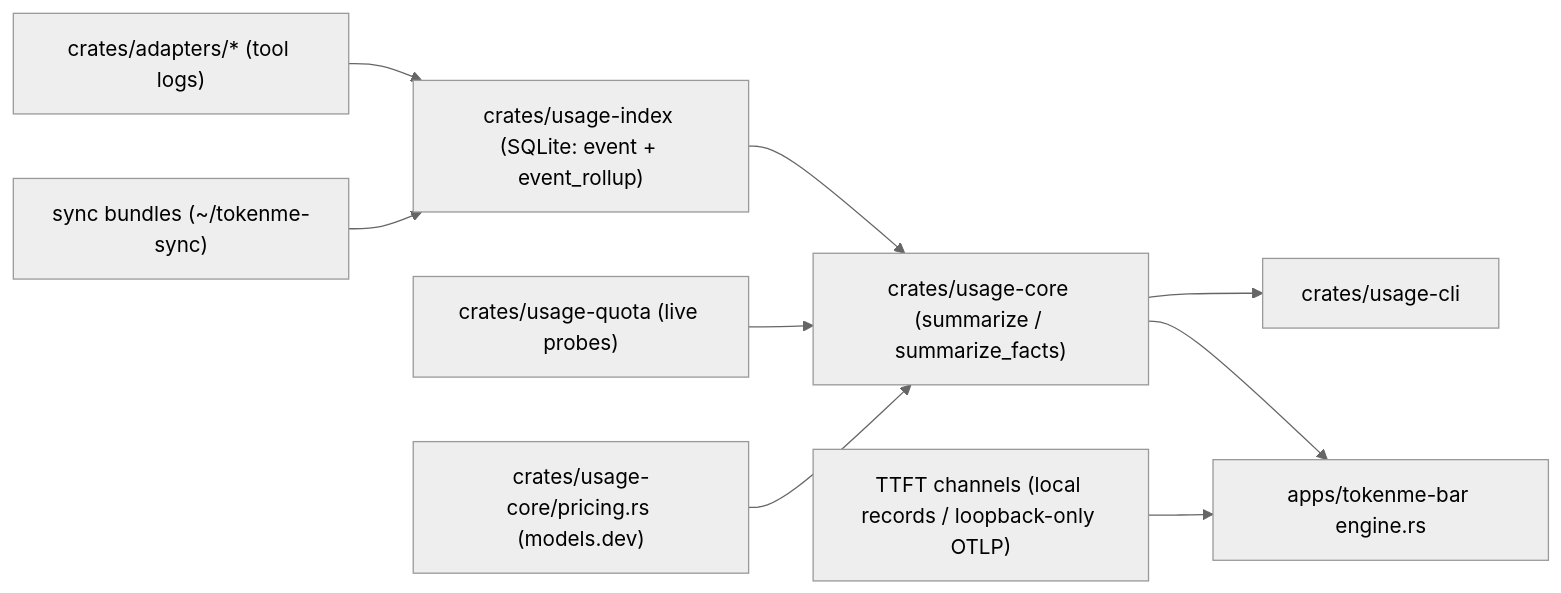
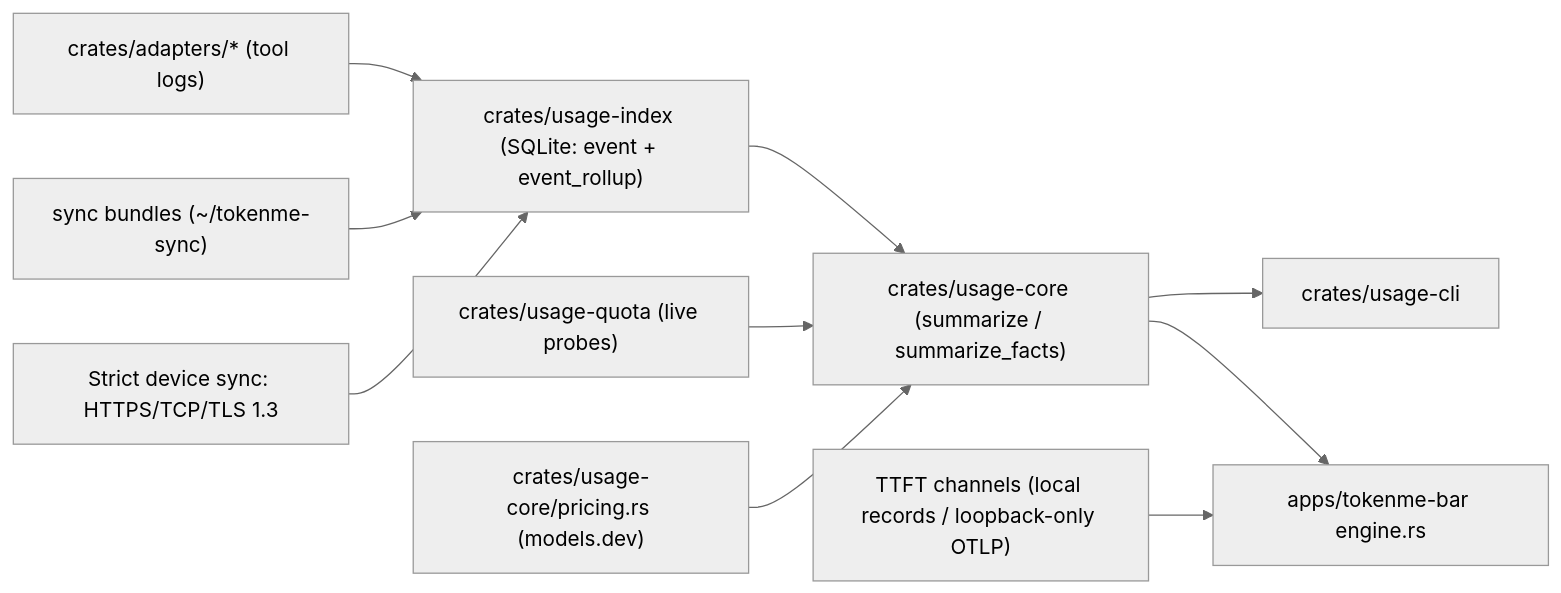
One commit to Bencibr/tokenme changed the diagram in docs/ARCHITECTURE_EN.md. Above: the diagram before and after it, drawn with Mermaid (neutral theme). The commit also changed other lines of this file and 38 other files, not shown here.

Commit message:
feat(sync): add multi-device usage synchronization

````diff
--- a/docs/ARCHITECTURE_EN.md
+++ b/docs/ARCHITECTURE_EN.md
@@ -23,11 +24,12 @@
 ```mermaid
 flowchart LR
     A["crates/adapters/* (tool logs)"] --> B["crates/usage-index (SQLite: event + event_rollup)"]
     B --> C["crates/usage-core (summarize / summarize_facts)"]
     C --> D["crates/usage-cli"]
     C --> E["apps/tokenme-bar engine.rs"]
     F["crates/usage-quota (live probes)"] --> C
     G["crates/usage-core/pricing.rs (models.dev)"] --> C
     H["sync bundles (~/tokenme-sync)"] --> B
+    J["Strict device sync: HTTPS/TCP/TLS 1.3"] --> B
     I["TTFT channels (local records / loopback-only OTLP)"] --> E
 ```
````
